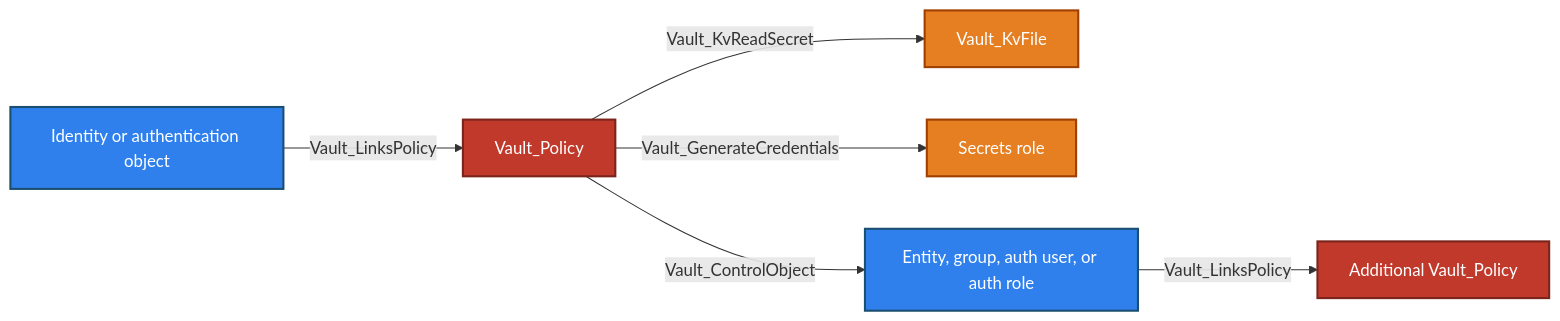
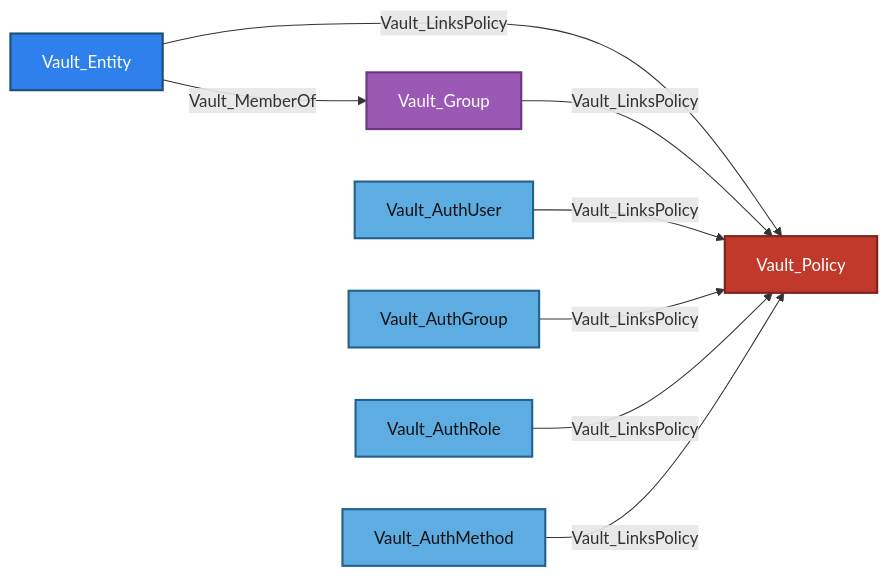
One commit to bytewreck/opengraph-vault changed the fifth of 7 diagrams in Documentation/stores/POLICIES.md. Above: the diagram before and after it, drawn with Mermaid. The commit also changed other lines of this file and 3 other files, not shown here.

````diff
--- a/Documentation/stores/POLICIES.md
+++ b/Documentation/stores/POLICIES.md
@@ -158,12 +306,15 @@
 ```mermaid
 flowchart LR
-    principal["Identity or authentication object"]:::identityNode -->|Vault_LinksPolicy| policy[Vault_Policy]:::policyNode
-    policy -->|Vault_KvReadSecret| secret[Vault_KvFile]:::secretObjectNode
-    policy -->|Vault_GenerateCredentials| role[Secrets role]:::secretObjectNode
-    policy -->|Vault_ControlObject| controlled["Entity, group, auth user, or auth role"]:::identityNode
-    controlled -->|Vault_LinksPolicy| elevated["Additional Vault_Policy"]:::policyNode
+    entity[Vault_Entity]:::identityNode -->|Vault_MemberOf| group[Vault_Group]:::groupNode
+    entity -->|Vault_LinksPolicy| policy[Vault_Policy]:::policyNode
+    group -->|Vault_LinksPolicy| policy
+    authUser[Vault_AuthUser]:::authNode -->|Vault_LinksPolicy| policy
+    authGroup[Vault_AuthGroup]:::authNode -->|Vault_LinksPolicy| policy
+    authRole[Vault_AuthRole]:::authNode -->|Vault_LinksPolicy| policy
+    authMethod[Vault_AuthMethod]:::authNode -->|Vault_LinksPolicy| policy
 
     classDef identityNode fill:#2F80ED,color:#fff,stroke:#1B4F72,stroke-width:2px
+    classDef groupNode fill:#9B59B6,color:#fff,stroke:#6C3483,stroke-width:2px
+    classDef authNode fill:#5DADE2,color:#111,stroke:#21618C,stroke-width:2px
     classDef policyNode fill:#C0392B,color:#fff,stroke:#7B241C,stroke-width:2px
-    classDef secretObjectNode fill:#E67E22,color:#fff,stroke:#A04000,stroke-width:2px
 ```
````
